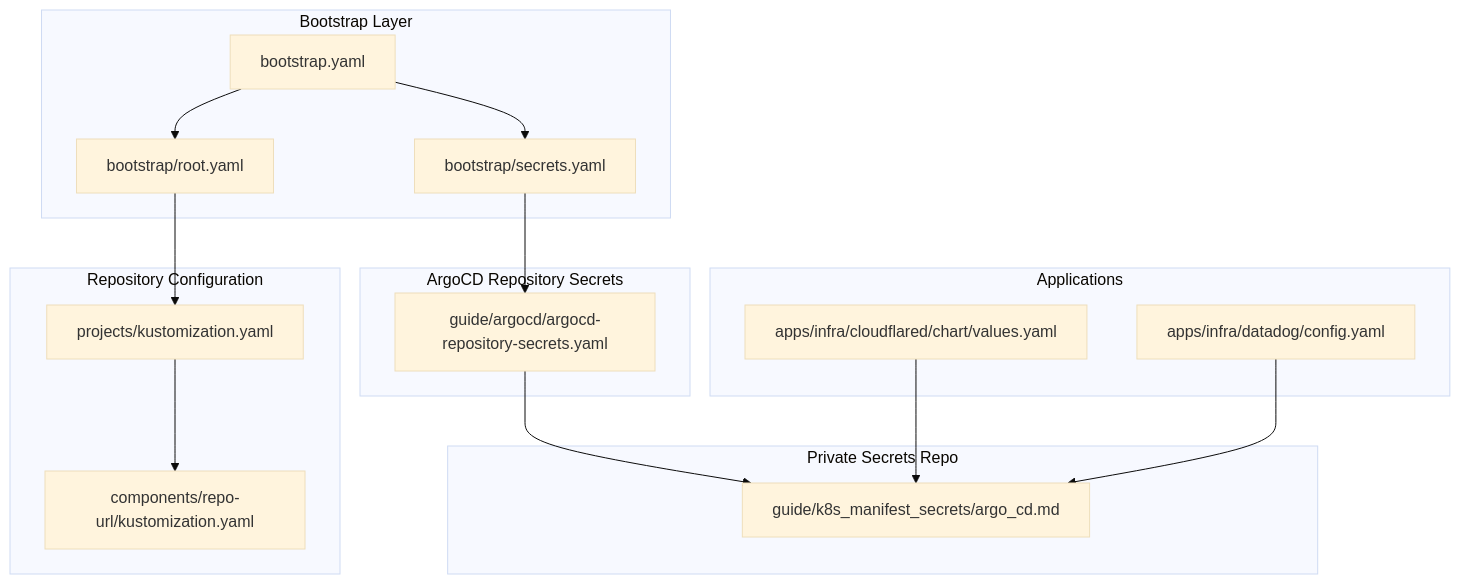
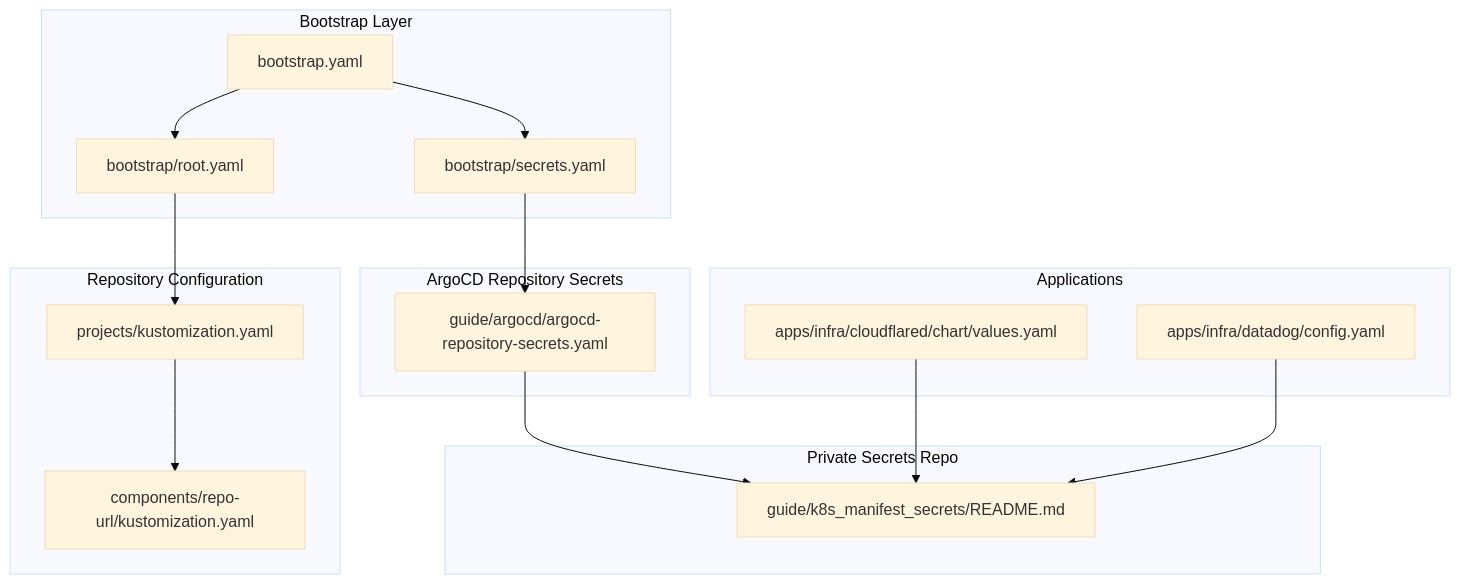
Before and after one commit to Hoangvu75/k8s_manifest: the first of 7 diagrams in .qoder/repowiki/en/content/Bootstrap System/Secret Handling.md, drawn with Mermaid (base theme). The commit also changed other lines of this file and 31 other files, not shown here.

````diff
--- a/.qoder/repowiki/en/content/Bootstrap System/Secret Handling.md
+++ b/.qoder/repowiki/en/content/Bootstrap System/Secret Handling.md
@@ -49,30 +50,30 @@
 ```mermaid
 graph TB
 subgraph "Bootstrap Layer"
 BRoot["bootstrap/root.yaml"]
 BSecrets["bootstrap/secrets.yaml"]
 BApp["bootstrap.yaml"]
 end
 subgraph "Repository Configuration"
 CRepoUrl["components/repo-url/kustomization.yaml"]
 PRootKust["projects/kustomization.yaml"]
 end
 subgraph "Applications"
 AppCloudflared["apps/infra/cloudflared/chart/values.yaml"]
 AppDatadogCfg["apps/infra/datadog/config.yaml"]
 end
 subgraph "ArgoCD Repository Secrets"
 RepoSecrets["guide/argocd/argocd-repository-secrets.yaml"]
 end
 subgraph "Private Secrets Repo"
-PrivDoc["guide/k8s_manifest_secrets/argo_cd.md"]
+PrivDoc["guide/k8s_manifest_secrets/README.md"]
 end
 BApp --> BRoot
 BApp --> BSecrets
 BRoot --> PRootKust
 PRootKust --> CRepoUrl
 BSecrets --> RepoSecrets
 RepoSecrets --> PrivDoc
 AppCloudflared --> PrivDoc
 AppDatadogCfg --> PrivDoc
 ```
````
